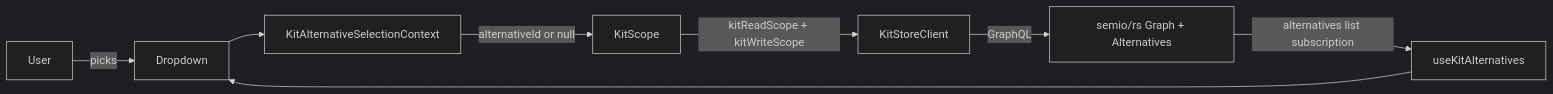
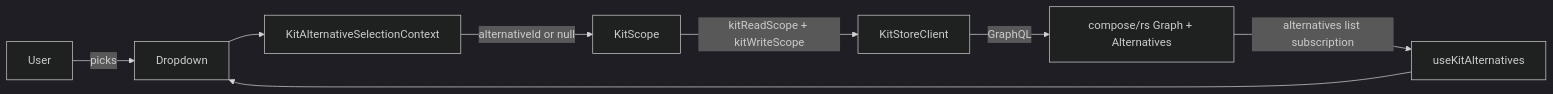
The diagram in .cursor/plans/alternatives-context-footer_32f553db.plan.md (usalu/semio), drawn with Mermaid (dark theme) before and after one commit. The commit also changed other lines of this file and 7735 other files, not shown here.

````diff
--- a/.cursor/plans/alternatives-context-footer_32f553db.plan.md
+++ b/.cursor/plans/alternatives-context-footer_32f553db.plan.md
@@ -30,10 +30,10 @@
 ```mermaid
 flowchart LR
     User -->|picks| Dropdown
     Dropdown --> Ctx[KitAlternativeSelectionContext]
     Ctx -->|alternativeId or null| Scope[KitScope]
     Scope -->|kitReadScope + kitWriteScope| Client[KitStoreClient]
-    Client -->|GraphQL| Rs[semio/rs Graph + Alternatives]
+    Client -->|GraphQL| Rs[compose/rs Graph + Alternatives]
     Rs -->|alternatives list subscription| Hook[useKitAlternatives]
     Hook --> Dropdown
 ```
````
